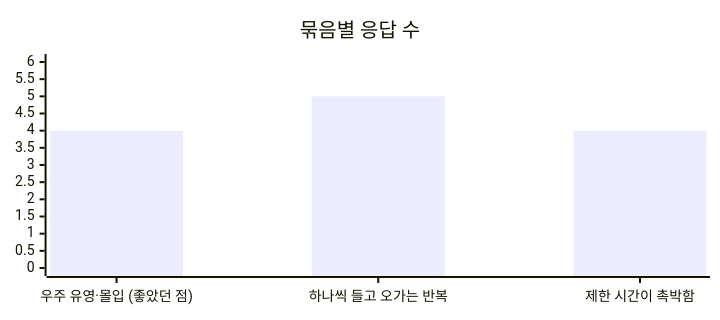
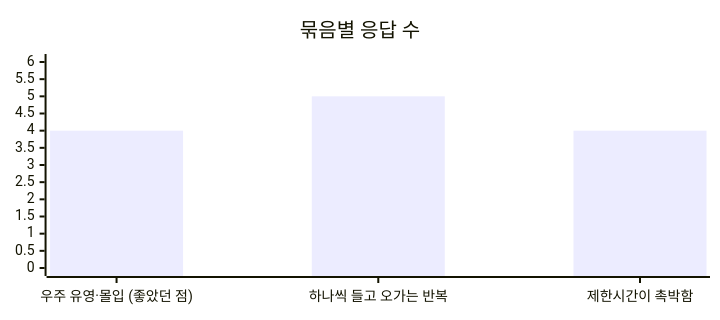
The eighth of 8 diagrams in src/OverFixed/OverFixed_기술문서.md (rlawlsdn77/portfolio), drawn with Mermaid before and after one commit. The commit also changed other lines of this file and 2 other files, not shown here.

````diff
--- a/src/OverFixed/OverFixed_기술문서.md
+++ b/src/OverFixed/OverFixed_기술문서.md
@@ -548,8 +558,8 @@
 ```mermaid
 %%{init: {"xyChart": {"height": 300}}}%%
 xychart-beta
     title "묶음별 응답 수"
-    x-axis ["우주 유영·몰입 (좋았던 점)", "하나씩 들고 오가는 반복", "제한 시간이 촉박함"]
+    x-axis ["우주 유영·몰입 (좋았던 점)", "하나씩 들고 오가는 반복", "제한시간이 촉박함"]
     y-axis 0 --> 6
     bar [4, 5, 4]
 ```
````
